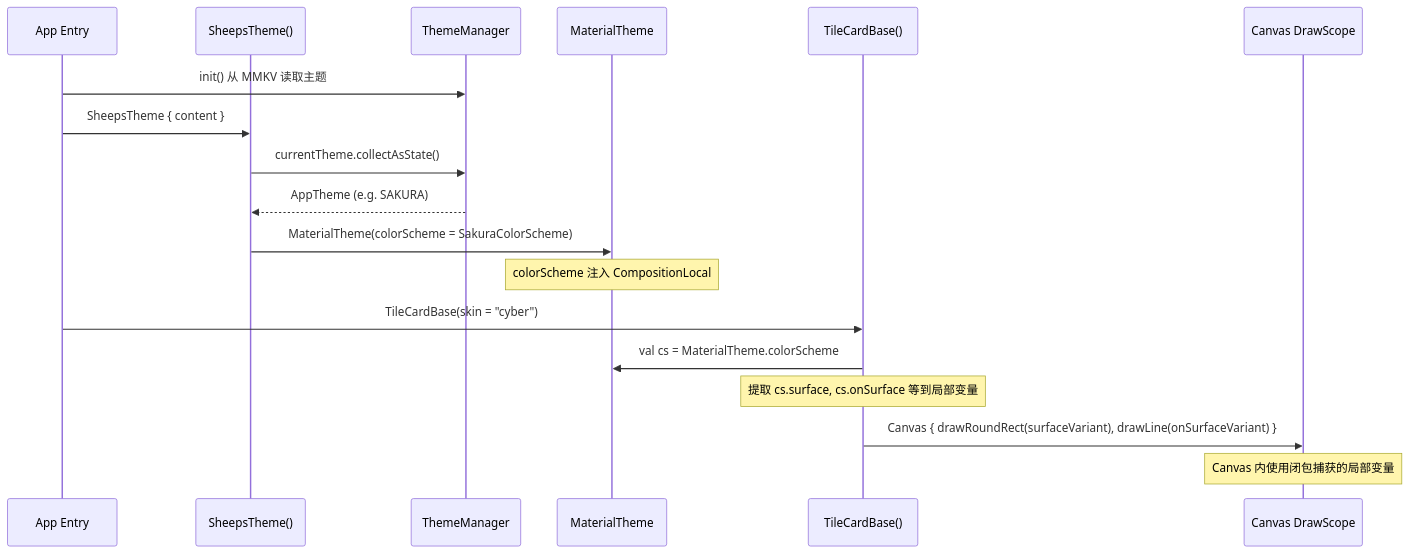
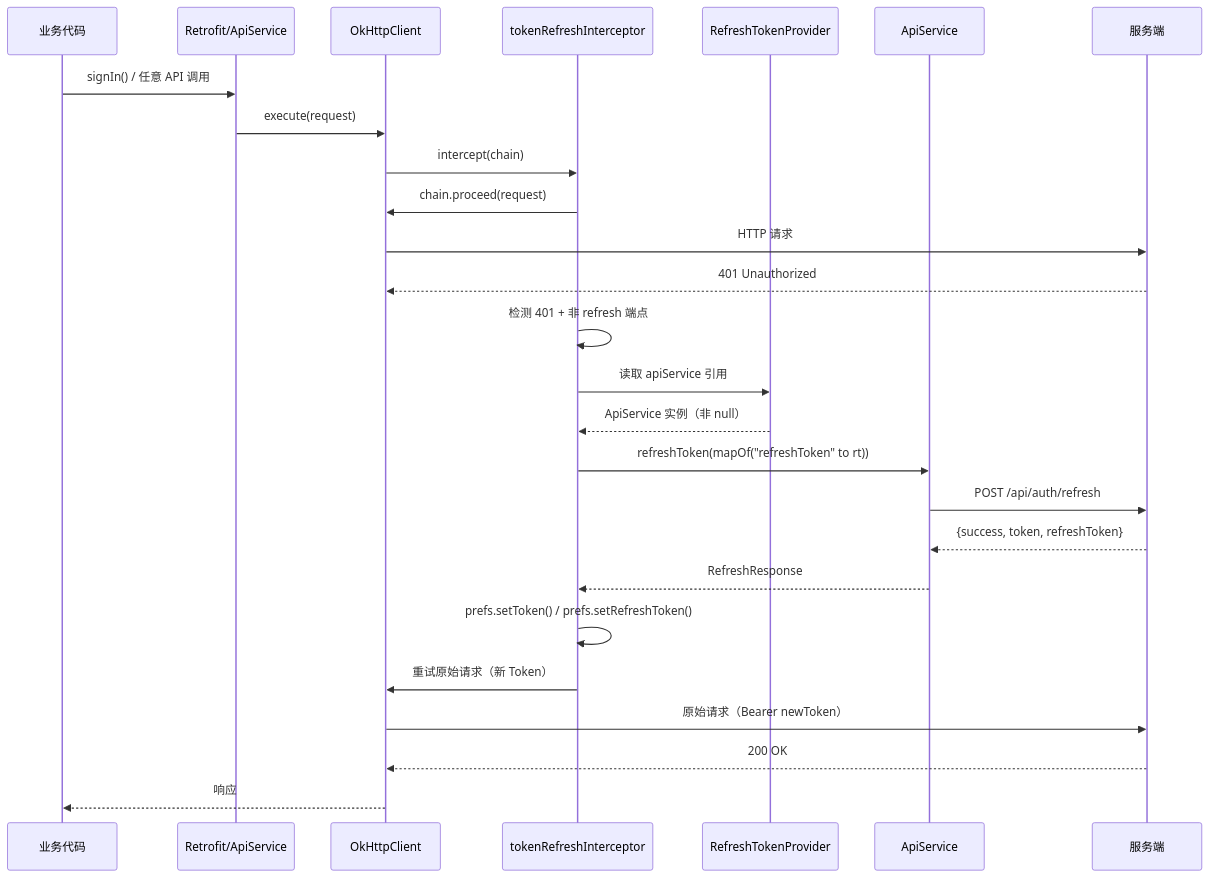
One commit to xqh0927/sheeps changed the second of 6 diagrams in docs/system_design.md. Above: the diagram before and after it, drawn with Mermaid. The commit also changed other lines of this file and 39 other files, not shown here.

````diff
--- a/docs/system_design.md
+++ b/docs/system_design.md
@@ -174,22 +385,32 @@
 ```mermaid
 sequenceDiagram
-    participant App as App Entry
-    participant ST as SheepsTheme()
-    participant TM as ThemeManager
-    participant M3 as MaterialTheme
-    participant TCB as TileCardBase()
-    participant Canvas as Canvas DrawScope
+    participant App as 业务代码
+    participant Retrofit as Retrofit/ApiService
+    participant OkHttp as OkHttpClient
+    participant TR as tokenRefreshInterceptor
+    participant RTP as RefreshTokenProvider
+    participant API as ApiService
+    participant Server as 服务端
 
-    App->>TM: init() 从 MMKV 读取主题
-    App->>ST: SheepsTheme { content }
-    ST->>TM: currentTheme.collectAsState()
-    TM-->>ST: AppTheme (e.g. SAKURA)
-    ST->>M3: MaterialTheme(colorScheme = SakuraColorScheme)
-    Note over M3: colorScheme 注入 CompositionLocal
-
-    App->>TCB: TileCardBase(skin = "cyber")
-    TCB->>M3: val cs = MaterialTheme.colorScheme
-    Note over TCB: 提取 cs.surface, cs.onSurface 等到局部变量
-    TCB->>Canvas: Canvas { drawRoundRect(surfaceVariant), drawLine(onSurfaceVariant) }
-    Note over Canvas: Canvas 内使用闭包捕获的局部变量
+    App->>Retrofit: signIn() / 任意 API 调用
+    Retrofit->>OkHttp: execute(request)
+    OkHttp->>TR: intercept(chain)
+    TR->>OkHttp: chain.proceed(request)
+    OkHttp->>Server: HTTP 请求
+    Server-->>OkHttp: 401 Unauthorized
+    
+    TR->>TR: 检测 401 + 非 refresh 端点
+    TR->>RTP: 读取 apiService 引用
+    RTP-->>TR: ApiService 实例（非 null）
+    
+    TR->>API: refreshToken(mapOf("refreshToken" to rt))
+    API->>Server: POST /api/auth/refresh
+    Server-->>API: {success, token, refreshToken}
+    API-->>TR: RefreshResponse
+    
+    TR->>TR: prefs.setToken() / prefs.setRefreshToken()
+    TR->>OkHttp: 重试原始请求（新 Token）
+    OkHttp->>Server: 原始请求（Bearer newToken）
+    Server-->>OkHttp: 200 OK
+    OkHttp-->>App: 响应
 ```
````
